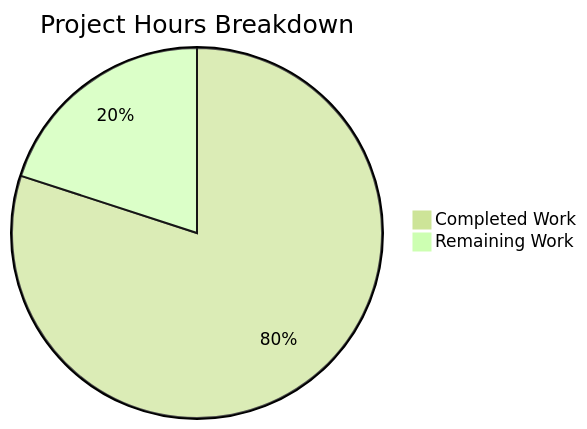
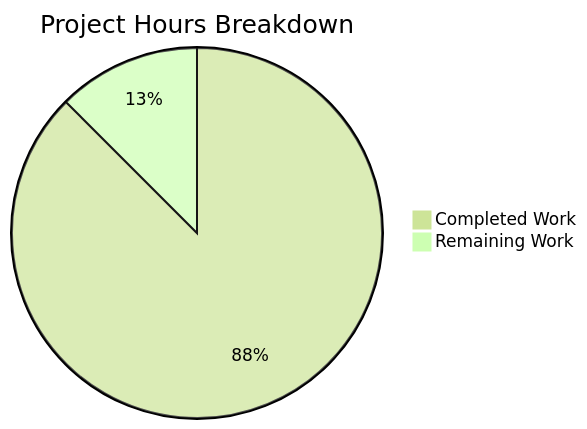
One commit to hardik-blitzy/react-weather-app changed the diagram in blitzy/documentation/Project Guide.md. Above: the diagram before and after it, drawn with Mermaid (forest theme). The commit also changed other lines of this file, not shown here.

Commit message:
Adding Blitzy Project Guide: Project Status and Human Tasks Remaining

````diff
--- a/blitzy/documentation/Project Guide.md
+++ b/blitzy/documentation/Project Guide.md
@@ -34,5 +62,5 @@
 ```mermaid
 pie title Project Hours Breakdown
-    "Completed Work" : 12
-    "Remaining Work" : 3
+    "Completed Work" : 14
+    "Remaining Work" : 2
 ```
````
